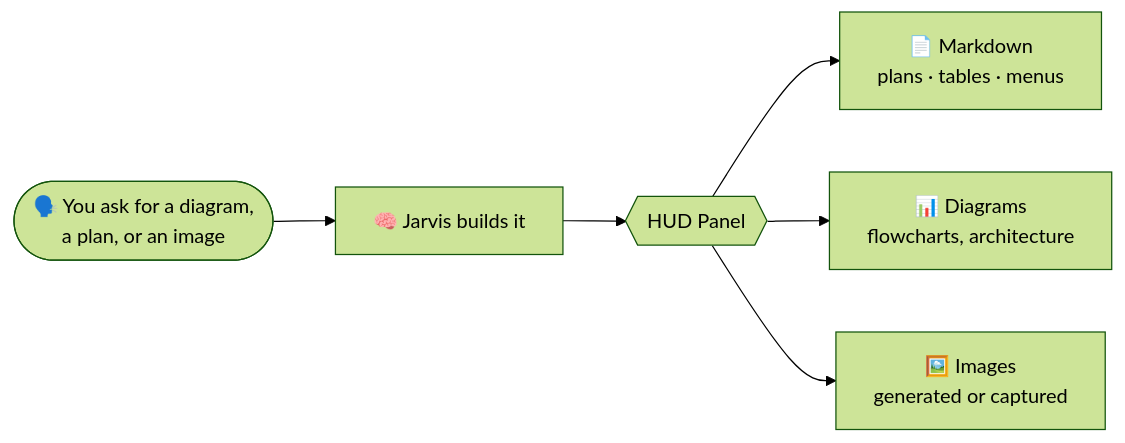
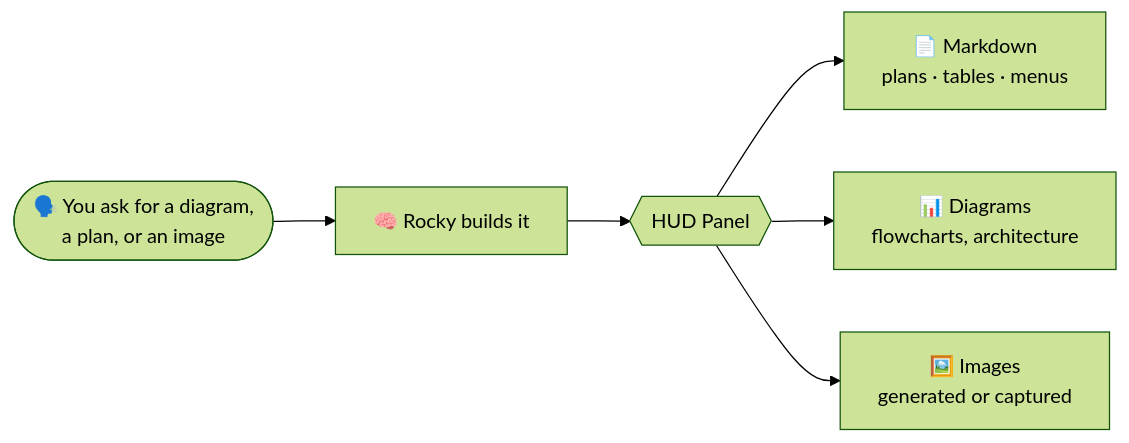
The third of 4 diagrams in README.md (adipatel399/Rocky), drawn with Mermaid (forest theme) before and after one commit. The commit also changed other lines of this file and 19 other files, not shown here.

First line of the commit message:
Rebrand JARVIS → ROCKY: Project Hail Mary alien companion

````diff
--- a/README.md
+++ b/README.md
@@ -141,9 +143,9 @@
 ```mermaid
 flowchart LR
     Ask(["🗣️ You ask for a diagram,<br/>a plan, or an image"])
-    Ask --> Brain["🧠 Jarvis builds it"]
+    Ask --> Brain["🧠 Rocky builds it"]
     Brain --> Panel{{"HUD Panel"}}
     Panel --> MD["📄 Markdown<br/>plans · tables · menus"]
     Panel --> Diagram["📊 Diagrams<br/>flowcharts, architecture"]
     Panel --> Img["🖼️ Images<br/>generated or captured"]
 ```
````
